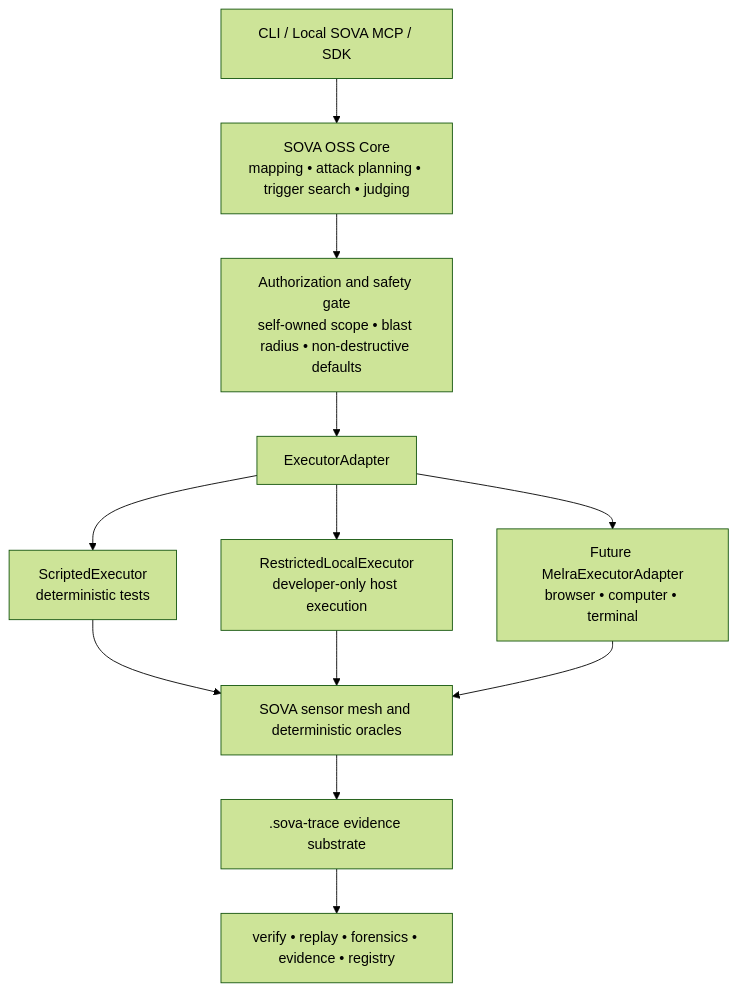
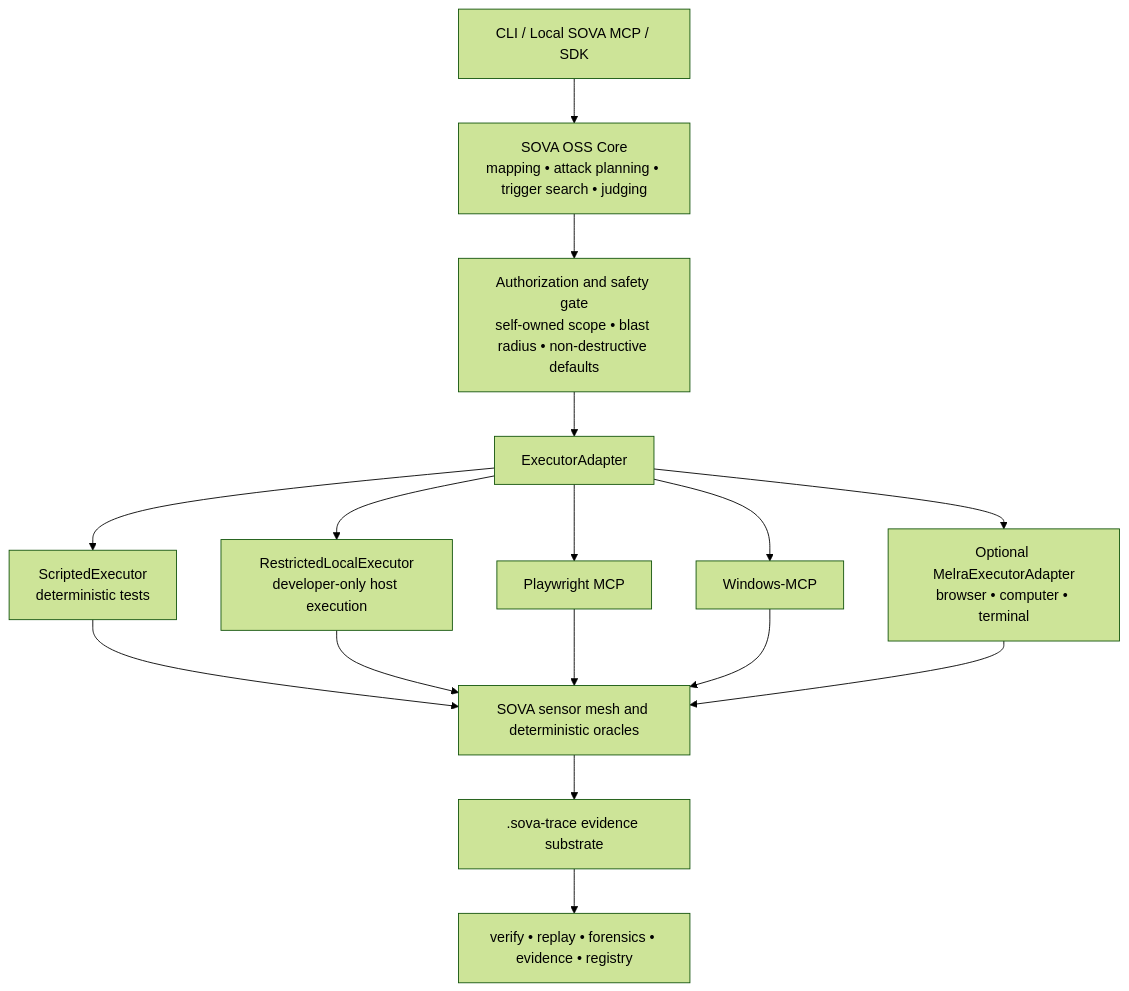
The third of 3 diagrams in README.md (Gautam-R-Patil/S.O.V.A---OSS---TRUSCOR), drawn with Mermaid (forest theme) before and after one commit. The commit also changed other lines of this file and 41 other files, not shown here.

````diff
--- a/README.md
+++ b/README.md
@@ -336,25 +336,29 @@
 ```mermaid
 flowchart TB
     CLI["CLI / Local SOVA MCP / SDK"]
     CORE["SOVA OSS Core<br/>mapping • attack planning • trigger search • judging"]
     SAFE["Authorization and safety gate<br/>self-owned scope • blast radius • non-destructive defaults"]
     EXEC["ExecutorAdapter"]
     SCRIPT["ScriptedExecutor<br/>deterministic tests"]
     LOCAL["RestrictedLocalExecutor<br/>developer-only host execution"]
-    MELRA["Future MelraExecutorAdapter<br/>browser • computer • terminal"]
+    MELRA["Optional MelraExecutorAdapter<br/>browser • computer • terminal"]
     SENSORS["SOVA sensor mesh and deterministic oracles"]
     TRACE[".sova-trace evidence substrate"]
     OUTPUT["verify • replay • forensics • evidence • registry"]
 
     CLI --> CORE
     CORE --> SAFE
     SAFE --> EXEC
     EXEC --> SCRIPT
     EXEC --> LOCAL
+    EXEC --> PLAYWRIGHT["Playwright MCP"]
+    EXEC --> WINDOWS["Windows-MCP"]
     EXEC --> MELRA
     SCRIPT --> SENSORS
     LOCAL --> SENSORS
+    PLAYWRIGHT --> SENSORS
+    WINDOWS --> SENSORS
     MELRA --> SENSORS
     SENSORS --> TRACE
     TRACE --> OUTPUT
 ```
````
